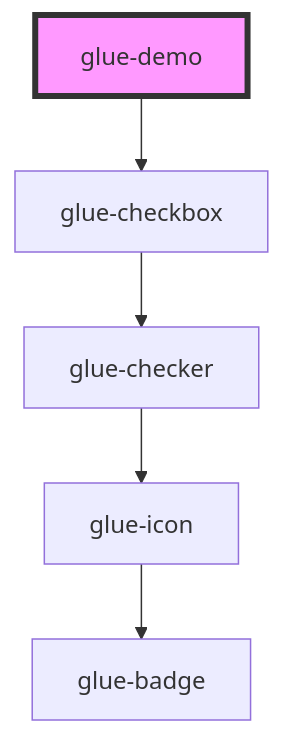
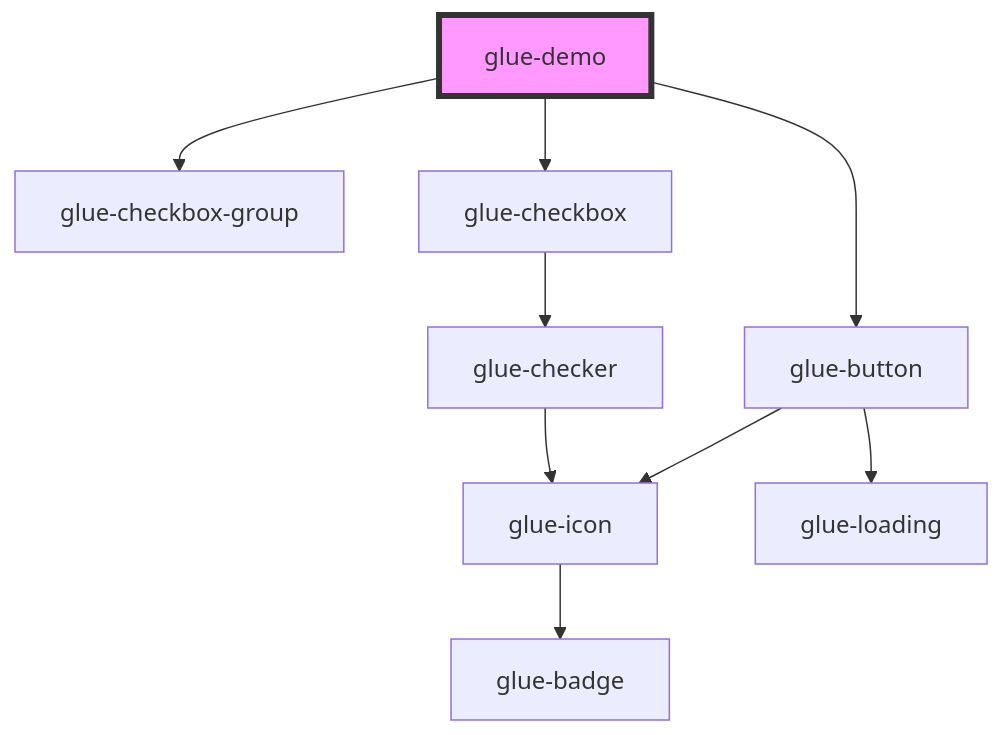
The diagram in packages/glue-components/src/components/glue-demo/readme.md (grasilife/glue), drawn with Mermaid before and after one commit. The commit also changed other lines of this file and 100 other files, not shown here.

````diff
--- a/packages/glue-components/src/components/glue-demo/readme.md
+++ b/packages/glue-components/src/components/glue-demo/readme.md
@@ -13,8 +15,12 @@
 ```mermaid
 graph TD;
+  glue-demo --> glue-checkbox-group
   glue-demo --> glue-checkbox
+  glue-demo --> glue-button
   glue-checkbox --> glue-checker
   glue-checker --> glue-icon
   glue-icon --> glue-badge
+  glue-button --> glue-loading
+  glue-button --> glue-icon
   style glue-demo fill:#f9f,stroke:#333,stroke-width:4px
 ```
````
